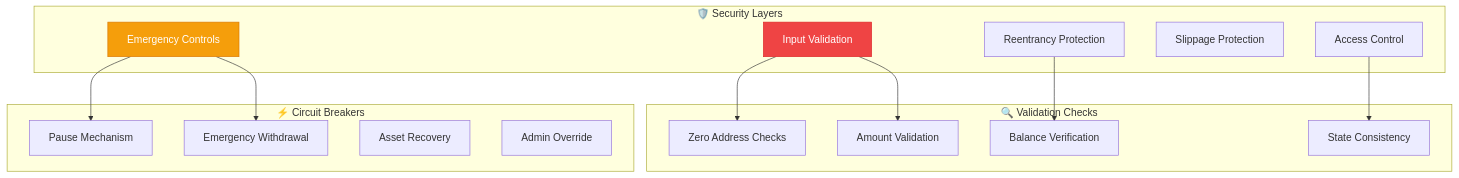
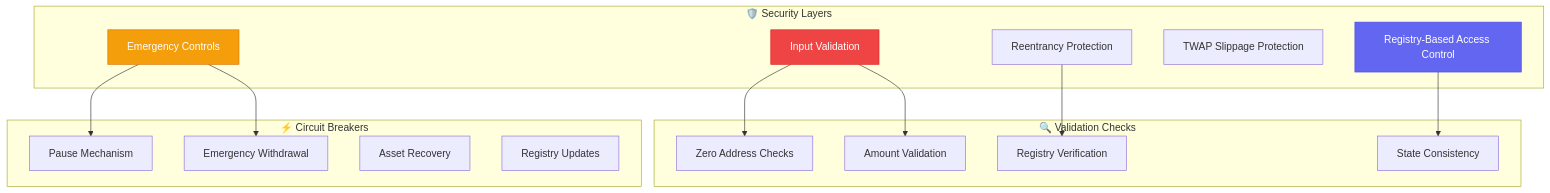
One commit to 47-Eagle/docs changed the fifth of 5 diagrams in docs/dev/architecture.md. Above: the diagram before and after it, drawn with Mermaid. The commit also changed other lines of this file and 2 other files, not shown here.

````diff
--- a/docs/dev/architecture.md
+++ b/docs/dev/architecture.md
@@ -239,34 +401,35 @@
 ```mermaid
 graph TD
     subgraph "🛡️ Security Layers"
         L1[Input Validation]
         L2[Reentrancy Protection] 
-        L3[Access Control]
-        L4[Slippage Protection]
+        L3[Registry-Based Access Control]
+        L4[TWAP Slippage Protection]
         L5[Emergency Controls]
     end
     
     subgraph "🔍 Validation Checks"
         V1[Zero Address Checks]
         V2[Amount Validation]
-        V3[Balance Verification]
+        V3[Registry Verification]
         V4[State Consistency]
     end
     
     subgraph "⚡ Circuit Breakers"
         C1[Pause Mechanism]
         C2[Emergency Withdrawal]
         C3[Asset Recovery]
-        C4[Admin Override]
+        C4[Registry Updates]
     end
     
     L1 --> V1
     L1 --> V2
     L2 --> V3
     L3 --> V4
     L5 --> C1
     L5 --> C2
     
     style L1 fill:#ef4444,stroke:#dc2626,color:#fff
+    style L3 fill:#6366f1,stroke:#4f46e5,color:#fff
     style L5 fill:#f59e0b,stroke:#d97706,color:#fff
 ```
````
